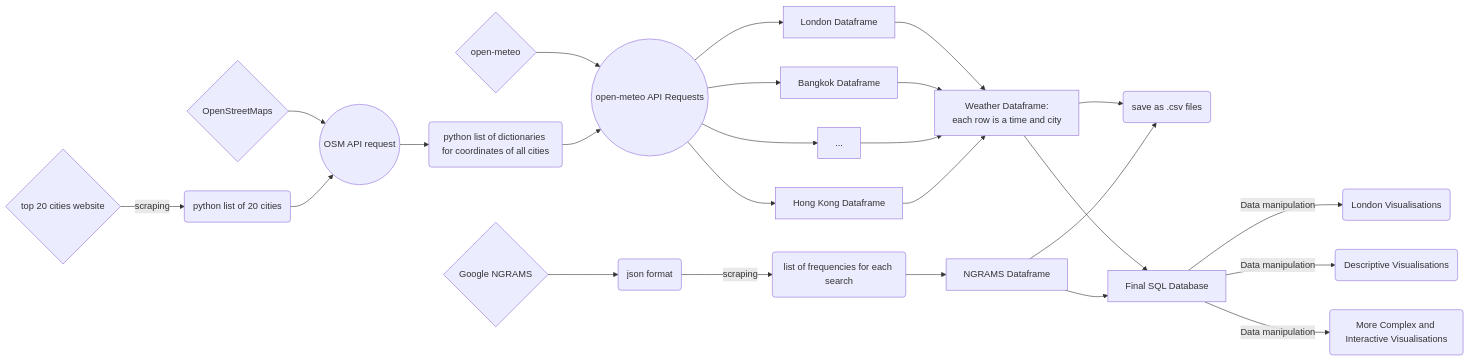
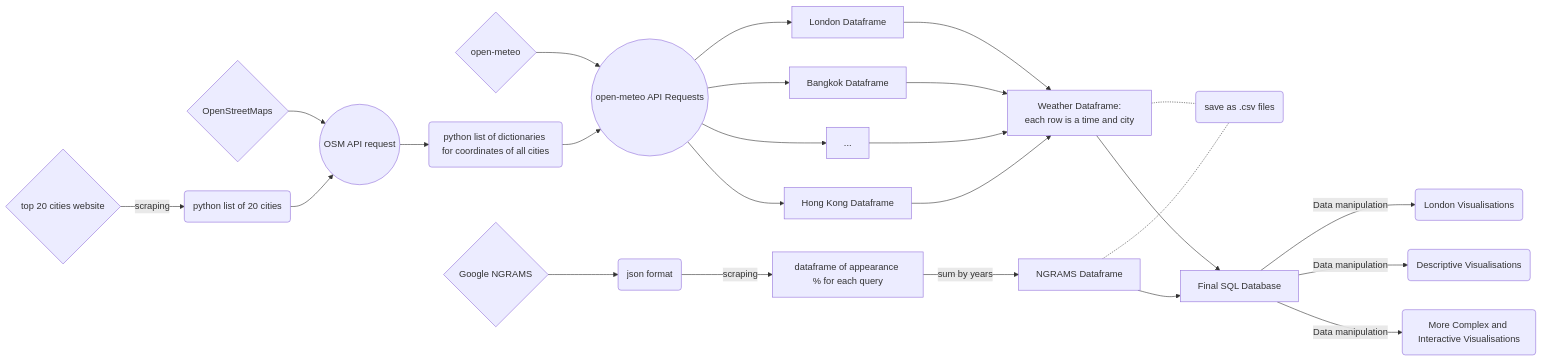
One commit to lse-ds105/ds105w-project-rubber-ducks changed the diagram in docs/presentation/progress_presentation.qmd. Above: the diagram before and after it, drawn with Mermaid. The commit also changed 5 other files, not shown here.

````diff
--- a/docs/presentation/progress_presentation.qmd
+++ b/docs/presentation/progress_presentation.qmd
@@ -13,27 +13,27 @@
 ```{mermaid}
 flowchart LR
     A{open-meteo} --> L((open-meteo API Requests))
     L --> B[London Dataframe]
     L --> C[Bangkok Dataframe]
     L --> D[ ... ]
     L --> E[Hong Kong Dataframe]
     G{top 20 cities website} -->|scraping| H(python list of 20 cities)
     I{OpenStreetMaps} --> J((OSM API request))
     H --> J
     J --> K(python list of dictionaries for coordinates of all cities)
     K --> L
     B --> M[Weather Dataframe:<br>each row is a time and city]
     C --> M
     D --> M
     E --> M
-    M --> F(save as .csv files)
+    M -.- F(save as .csv files)
     N{Google NGRAMS} --> S(json format)
-    S -->|scraping| T(list of frequencies for each search)
-    T --> U[NGRAMS Dataframe]
-    U --> F
+    S -->|scraping| T[dataframe of appearance % for each query]
+    T --> |sum by years| U[NGRAMS Dataframe]
+    U -.- F
     M --> V[Final SQL Database]
     U --> V
     V -->|Data manipulation| O(London Visualisations)
     V -->|Data manipulation| Q(Descriptive Visualisations)
     V -->|Data manipulation| R(More Complex and Interactive Visualisations)
 ```
````
